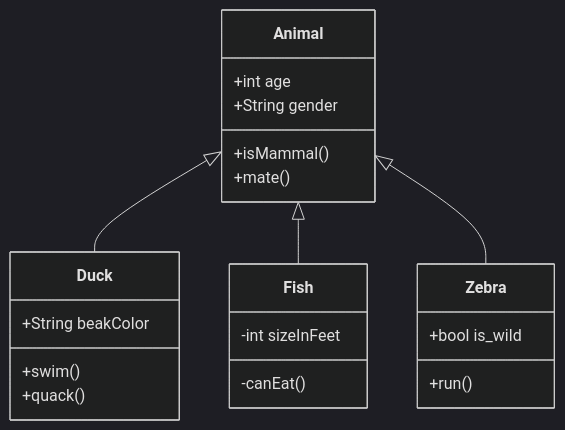
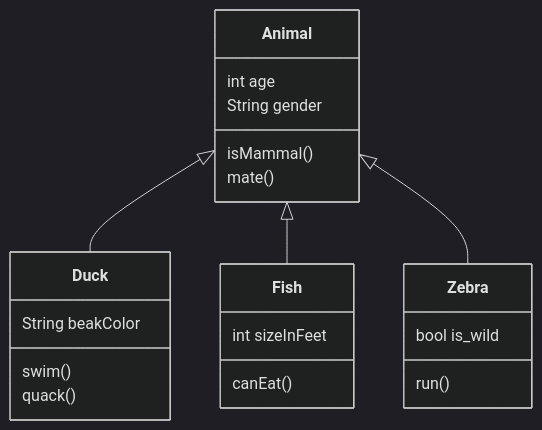
The third of 3 diagrams in notebook/tips/mermiad.md (Pei-T/notebook), drawn with Mermaid (dark theme) before and after one commit.

Commit message:
mermaid.sequencel

```diff
--- a/notebook/tips/mermiad.md
+++ b/notebook/tips/mermiad.md
@@ -26,23 +26,23 @@
 ~~~mermaid
 classDiagram
     Animal <|-- Duck
     Animal <|-- Fish
     Animal <|-- Zebra
-    Animal : +int age
-    Animal : +String gender
-    Animal: +isMammal()
-    Animal: +mate()
+    Animal : int age
+    Animal : String gender
+    Animal: isMammal()
+    Animal: mate()
     class Duck{
-      +String beakColor
-      +swim()
-      +quack()
+      String beakColor
+      swim()
+      quack()
     }
     class Fish{
-      -int sizeInFeet
-      -canEat()
+      int sizeInFeet
+      canEat()
     }
     class Zebra{
-      +bool is_wild
-      +run()
+      bool is_wild
+      run()
     }
 ~~~
```
